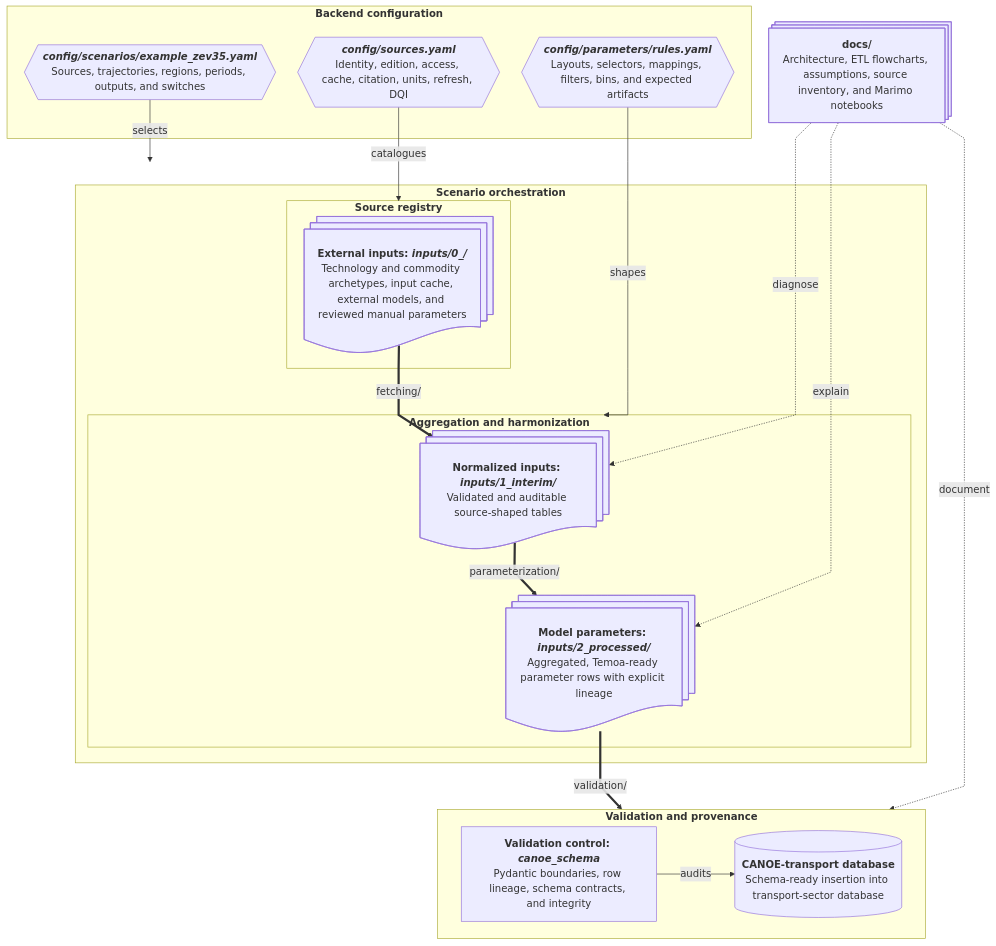
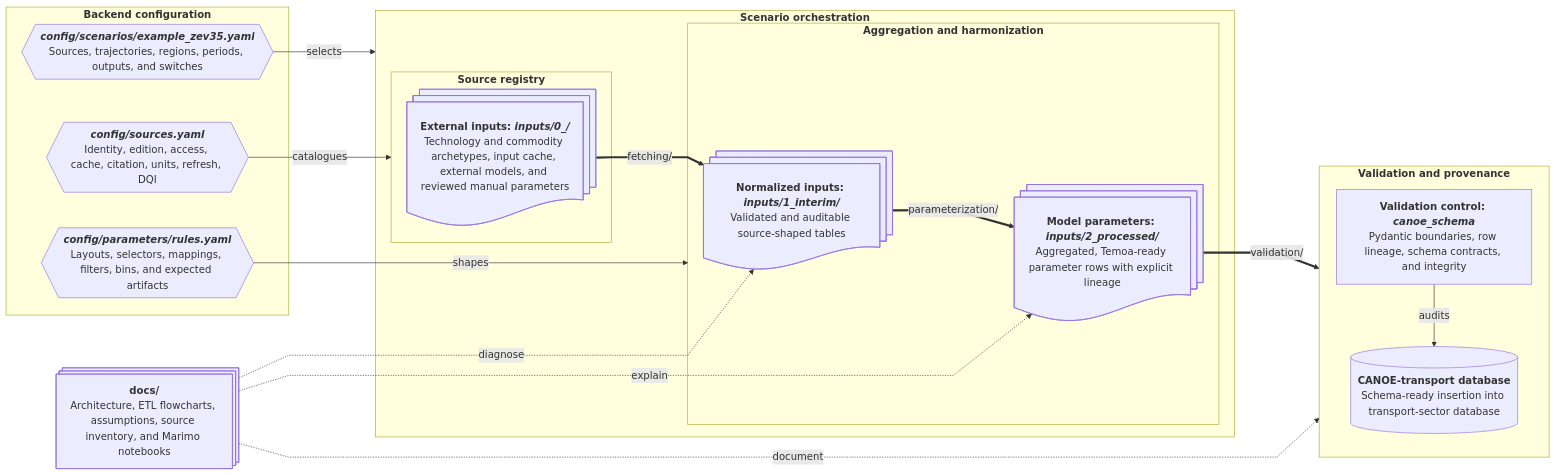
One commit to CANOE-main/canoe-transportation changed the diagram in docs/executive_summary.md. Above: the diagram before and after it, drawn with Mermaid. The commit also changed 46 other files, not shown here.

````diff
--- a/docs/executive_summary.md
+++ b/docs/executive_summary.md
@@ -19,45 +19,45 @@
 ```mermaid
 ---
 config:
   layout: dagre
   flowchart:
     nodeSpacing: 35
     rankSpacing: 50
     wrappingWidth: 250
     curve: linear
 ---
-flowchart TD
+flowchart LR
   subgraph CONTROL["`**Backend configuration**`"]
       scen_yaml@{shape: hex, label: "***config/scenarios/example_zev35.yaml***<br>Sources, trajectories, regions, periods, outputs, and switches"}
       source_yaml@{shape: hex, label: "***config/sources.yaml***<br>Identity, edition, access, cache, citation, units, refresh, DQI"}
       rules_yaml@{shape: hex, label: "***config/parameters/rules.yaml***<br>Layouts, selectors, mappings, filters, bins, and expected artifacts"}
   end
   scen_yaml -- selects ---> SCENARIO
   source_yaml -- catalogues --> SOURCES
   rules_yaml -- shapes ---> RULES
 
   subgraph SCENARIO["`**Scenario orchestration**`"]
       subgraph SOURCES["`**Source registry**`"]
             EVIDENCE@{shape: docs, label: "**External inputs: *inputs/0_/***<br>Technology and commodity archetypes, input cache, external models, and reviewed manual parameters"}
       end
       
       subgraph RULES["`**Aggregation and harmonization**`"]
             INTERIM@{shape: docs, label: "**Normalized inputs: *inputs/1_interim/***<br>Validated and auditable source-shaped tables"}
             HARM@{shape: docs, label: "**Model parameters: *inputs/2_processed/***<br>Aggregated, Temoa-ready parameter rows with explicit lineage"}
       end
   end
   
   EVIDENCE == fetching/ ==> INTERIM == parameterization/ ==> HARM == validation/ ==> VALID
 
   subgraph VALID["`**Validation and provenance**`"]
-  direction LR
+  direction TB
       ASSURE["`**Validation control: *canoe_schema***<br>Pydantic boundaries, row lineage, schema contracts, and integrity`"]
       DB[("`**CANOE-transport database**<br>Schema-ready insertion into transport-sector database`")]
   end
   ASSURE -- audits --> DB
   
   INSIGHTS@{shape: processes, label: "**docs/**<br>Architecture, ETL flowcharts, assumptions, source inventory, and Marimo notebooks"}
   INSIGHTS -. diagnose ..-> INTERIM
   INSIGHTS -. explain ..-> HARM
   INSIGHTS -. document ..-> VALID
 ```
````
